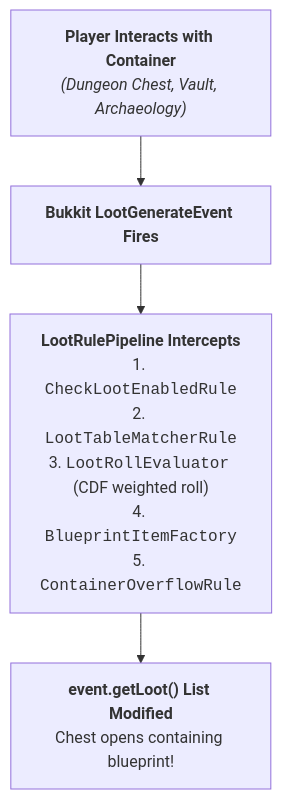
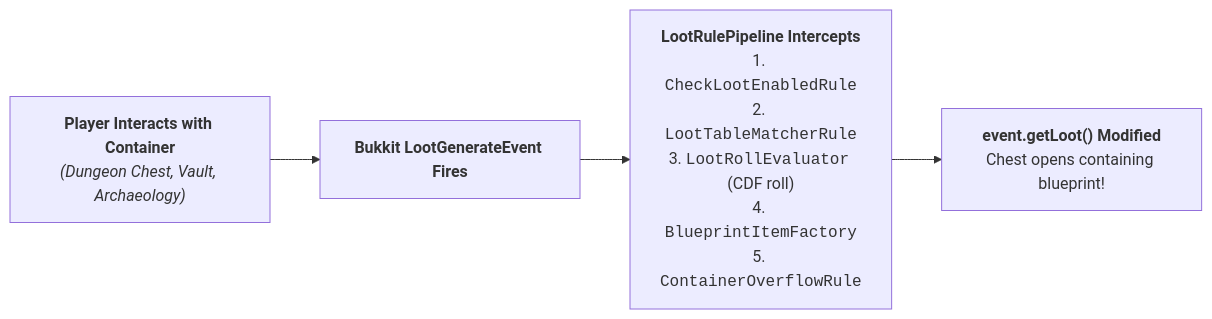
Before and after one commit to XZtotal/CraftingBlueprints-Wiki: the first of 2 diagrams in docs/operations/world-loot-tables.md, drawn with Mermaid. The commit also changed 15 other files, not shown here.

Commit message:
style(docs): center diagrams, widen linear flows, reduce font size, and set table padding to 0.5rem

````diff
--- a/docs/operations/world-loot-tables.md
+++ b/docs/operations/world-loot-tables.md
@@ -15,9 +15,9 @@
 ```mermaid
-flowchart TD
+flowchart LR
     Player["<b>Player Interacts with Container</b><br/><i>(Dungeon Chest, Vault, Archaeology)</i>"]
     Event["<b>Bukkit LootGenerateEvent Fires</b>"]
-    Pipeline["<b>LootRulePipeline Intercepts</b><br/>1. <code>CheckLootEnabledRule</code><br/>2. <code>LootTableMatcherRule</code><br/>3. <code>LootRollEvaluator</code> (CDF weighted roll)<br/>4. <code>BlueprintItemFactory</code><br/>5. <code>ContainerOverflowRule</code>"]
-    Loot["<b>event.getLoot() List Modified</b><br/>Chest opens containing blueprint!"]
+    Pipeline["<b>LootRulePipeline Intercepts</b><br/>1. <code>CheckLootEnabledRule</code><br/>2. <code>LootTableMatcherRule</code><br/>3. <code>LootRollEvaluator</code> (CDF roll)<br/>4. <code>BlueprintItemFactory</code><br/>5. <code>ContainerOverflowRule</code>"]
+    Loot["<b>event.getLoot() Modified</b><br/>Chest opens containing blueprint!"]
 
     Player --> Event --> Pipeline --> Loot
 ```
````
